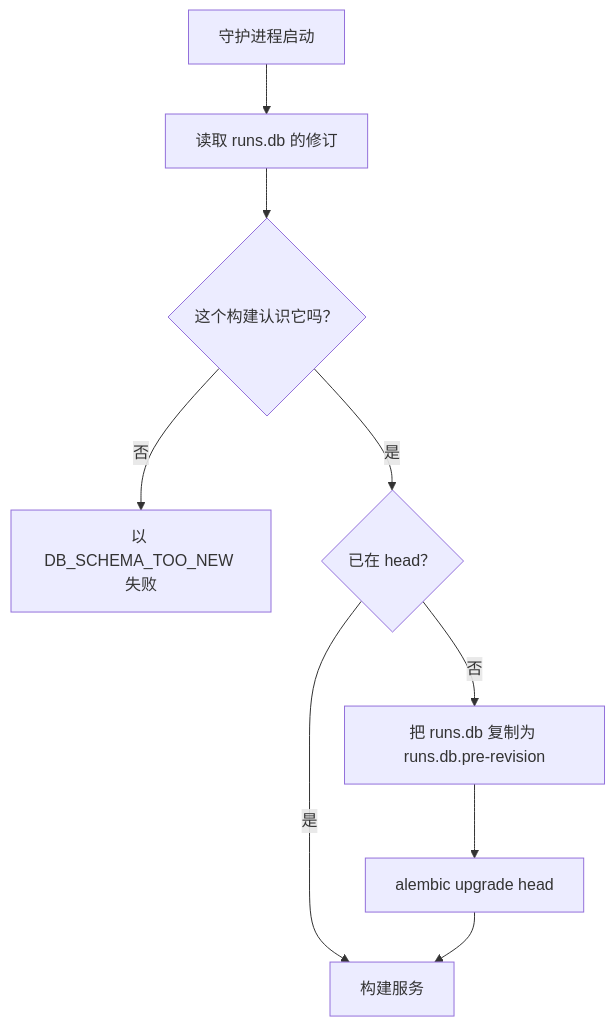
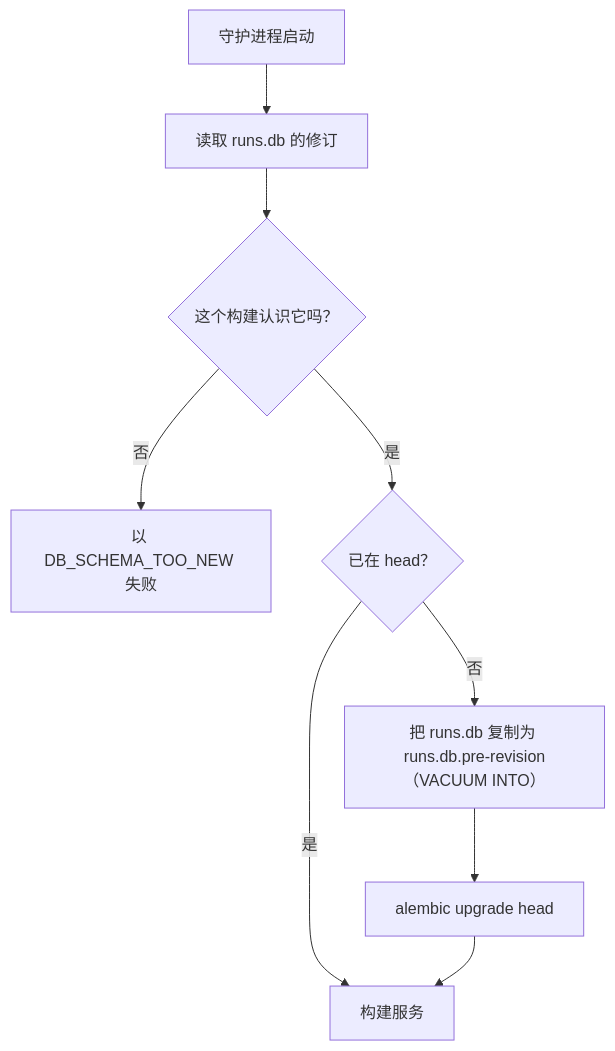
One commit to wyx-sg/Coffer changed the third of 3 diagrams in docs-site/zh/architecture/persistence.md. Above: the diagram before and after it, drawn with Mermaid. The commit also changed other lines of this file and 29 other files, not shown here.

````diff
--- a/docs-site/zh/architecture/persistence.md
+++ b/docs-site/zh/architecture/persistence.md
@@ -200,11 +202,11 @@
 ```mermaid
 flowchart TB
   A["守护进程启动"] --> B["读取 runs.db 的修订"]
   B --> C{"这个构建认识它吗？"}
   C -- 否 --> X["以 DB_SCHEMA_TOO_NEW 失败"]
   C -- 是 --> D{"已在 head？"}
   D -- 是 --> G["构建服务"]
-  D -- 否 --> E["把 runs.db 复制为 runs.db.pre-revision"]
+  D -- 否 --> E["把 runs.db 复制为 runs.db.pre-revision（VACUUM INTO）"]
   E --> F["alembic upgrade head"]
   F --> G
 ```
````
